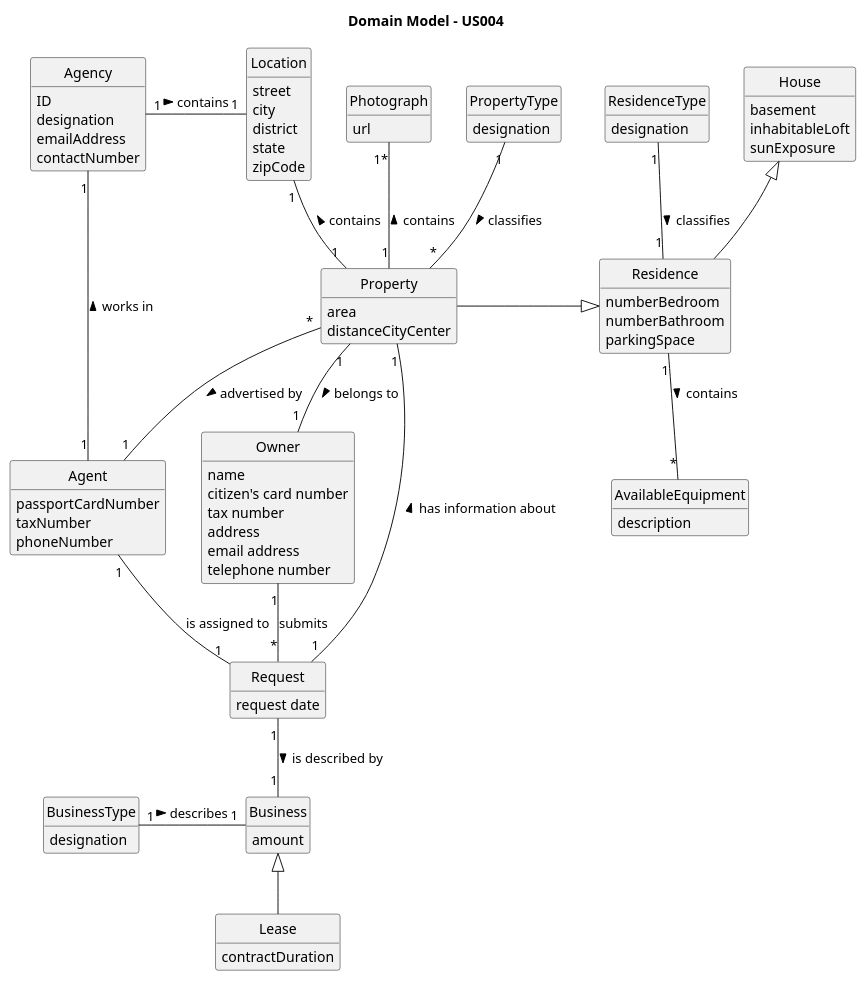
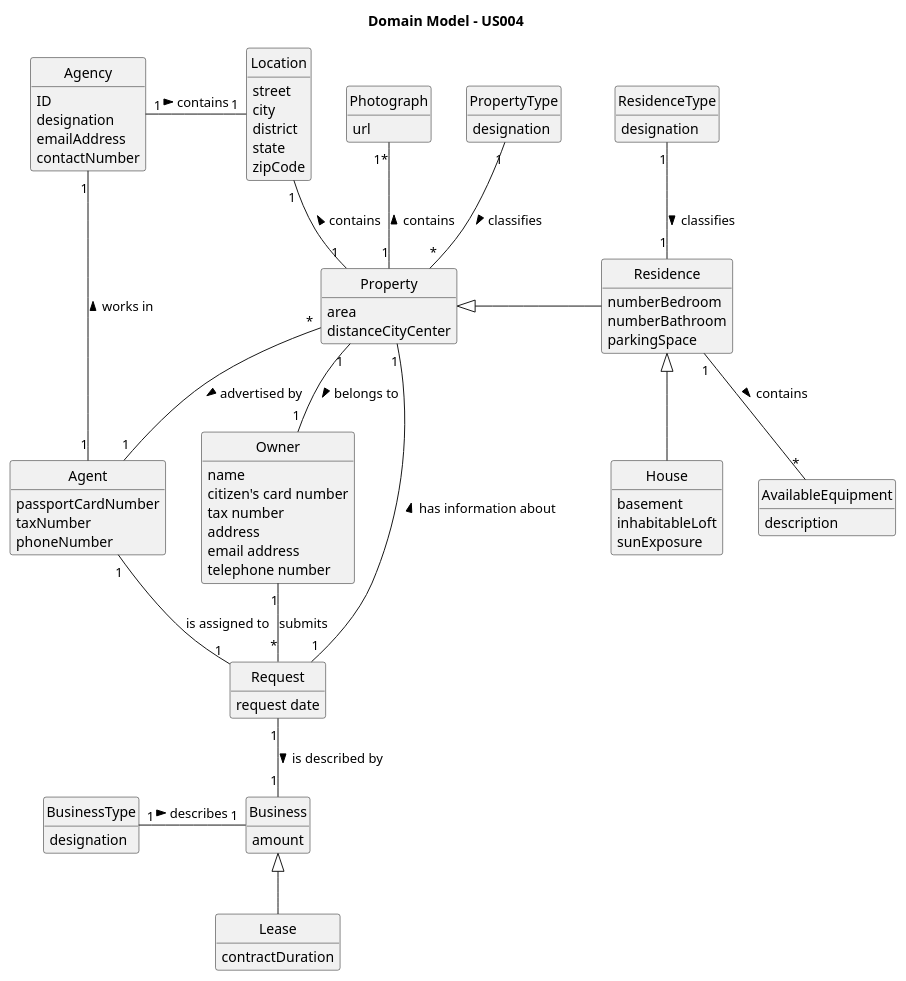
The diagram in docs/sprintB/us004/02.analysis/puml/us004-domain-model.puml (rita-barbosa/LAPR2-2223), drawn with PlantUML before and after one commit.

Commit message:
DM updated [US004] [Analysis]

```diff
--- a/docs/sprintB/us004/02.analysis/puml/us004-domain-model.puml
+++ b/docs/sprintB/us004/02.analysis/puml/us004-domain-model.puml
@@ -1,114 +1,114 @@
 @startuml
 skinparam monochrome true
 skinparam packageStyle rectangle
 skinparam shadowing false
 
 'left to right direction
 
 skinparam classAttributeIconSize 0
 
 hide circle
 hide methods
 
 title Domain Model - US004
 
 class Property {
     area
     distanceCityCenter
 }
 
 class Photograph{
     url
 }
 
 class Lease{
     contractDuration
 }
 
 class Business {
     amount
 }
 
 class BusinessType{
     designation
 }
 
 class Residence{
     numberBedroom
     numberBathroom
     parkingSpace
 
 }
 
 class Location{
     street
     city
     district
     state
     zipCode
 }
 
 class ResidenceType{
     designation
 }
 
 class PropertyType{
     designation
 }
 
 class House{
     basement
     inhabitableLoft
     sunExposure
 }
 
 class AvailableEquipment{
     description
 }
 
 class Agent{
     passportCardNumber
     taxNumber
     phoneNumber
 }
 
 class Agency {
     ID
     designation
     emailAddress
     contactNumber
 }
 
 class Owner {
     name
     citizen's card number
     tax number
     address
     email address
     telephone number
 }
 
 class Request{
     request date
 }
 
 
 Agent "1" -up- "1" Agency: works in  >
 Agency "1" - "1" Location : contains >
 PropertyType "1" -- "*" Property : classifies >
 Property "1" -- "1" Owner : belongs to >
 Agent "1" -up- "*" Property : < advertised by
 Photograph "1*" -- "1" Property : contains <
 Location "1" -- "1" Property : contains <
 Residence "1" -- "*" AvailableEquipment : contains >
 ResidenceType "1" -- "1" Residence: classifies >
 Request "1" - "1" Property : has information about >
 Request "1" -- "1" Business: is described by >
 BusinessType "1" - "1" Business : describes >
 Agent "1" -- "1" Request : is assigned to
 Business <|-- Lease
-Residence <|-left- Property
-House <|-- Residence
+Property <|-RIGHT- Residence
 Owner "1" -- "*" Request : submits
+Residence <|-- House
 
 @enduml
```
